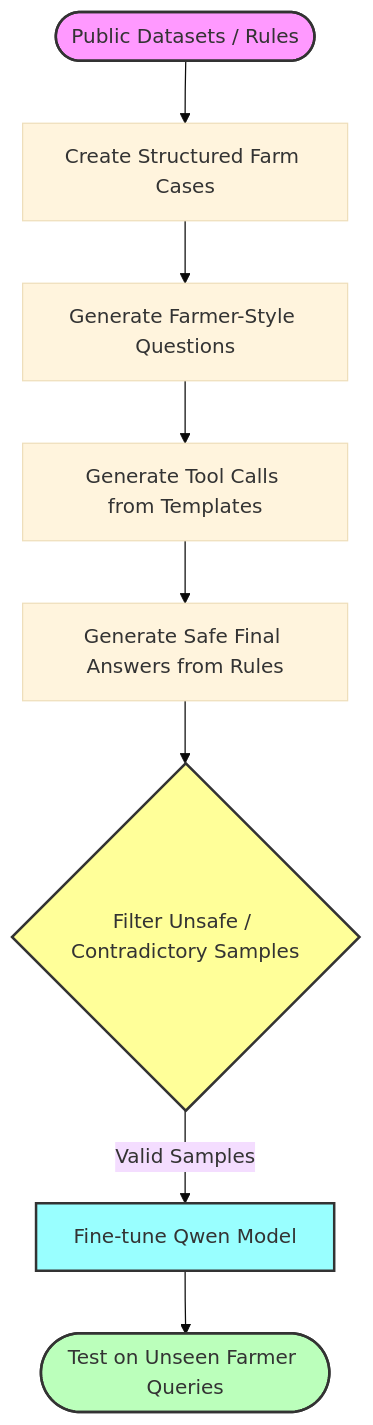
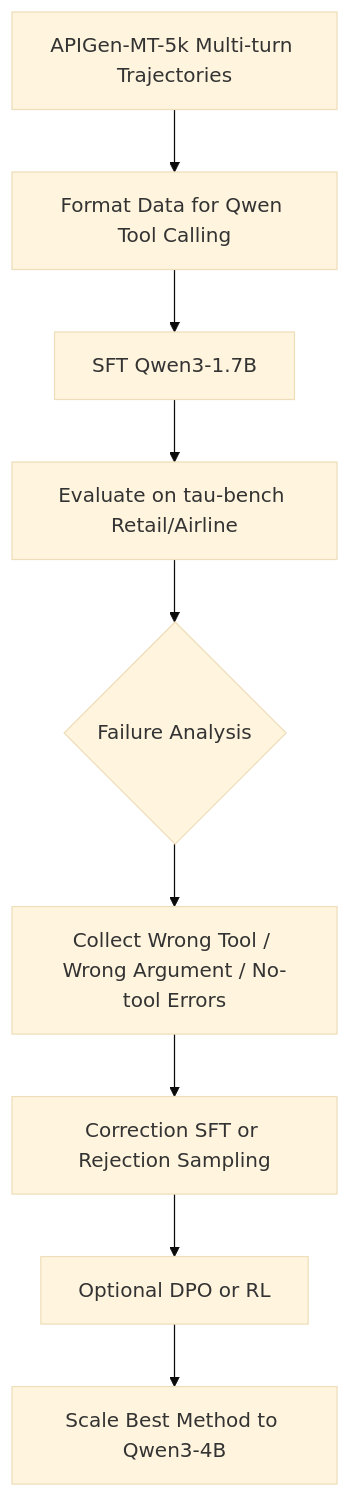
One commit to AdiJainS/Small-LLM changed the diagram in AJ_dataset.md. Above: the diagram before and after it, drawn with Mermaid (base theme). The commit also changed other lines of this file, not shown here.

````diff
--- a/AJ_dataset.md
+++ b/AJ_dataset.md
@@ -32,15 +209,11 @@
 ```mermaid
 graph TD
-    A([Public Datasets / Rules]) --> B[Create Structured Farm Cases]
-    B --> C[Generate Farmer-Style Questions]
-    C --> D[Generate Tool Calls from Templates]
-    D --> E[Generate Safe Final Answers from Rules]
-    E --> F{Filter Unsafe / Contradictory Samples}
-    F -- Valid Samples --> G[Fine-tune Qwen Model]
-    G --> H([Test on Unseen Farmer Queries])
-    
-    style A fill:#f9f,stroke:#333,stroke-width:2px
-    style F fill:#ff9,stroke:#333,stroke-width:2px
-    style G fill:#9ff,stroke:#333,stroke-width:2px
-    style H fill:#bfb,stroke:#333,stroke-width:2px
+    A[APIGen-MT-5k Multi-turn Trajectories] --> B[Format Data for Qwen Tool Calling]
+    B --> C[SFT Qwen3-1.7B]
+    C --> D[Evaluate on tau-bench Retail/Airline]
+    D --> E{Failure Analysis}
+    E --> F[Collect Wrong Tool / Wrong Argument / No-tool Errors]
+    F --> G[Correction SFT or Rejection Sampling]
+    G --> H[Optional DPO or RL]
+    H --> I[Scale Best Method to Qwen3-4B]
 ```
````
